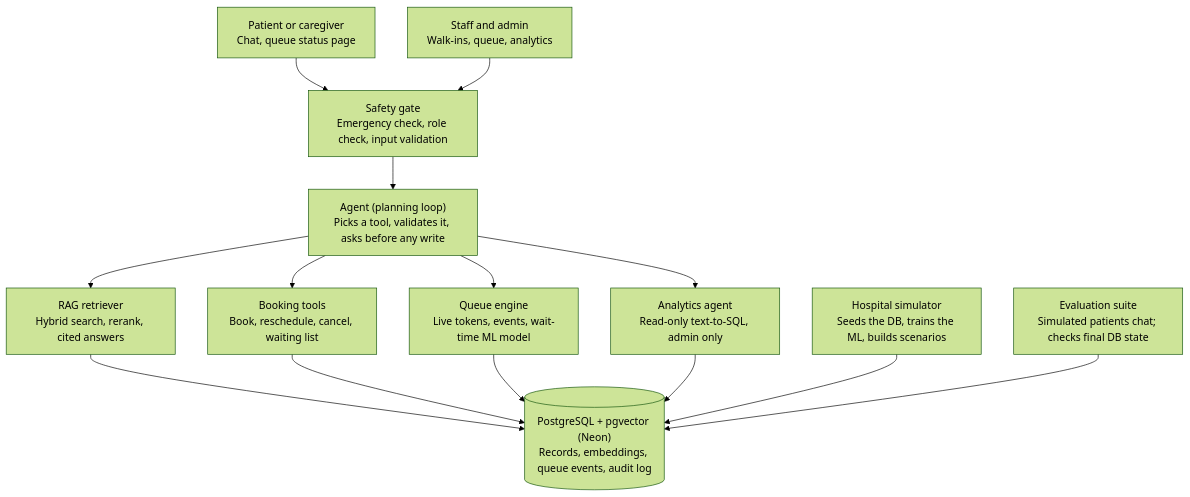
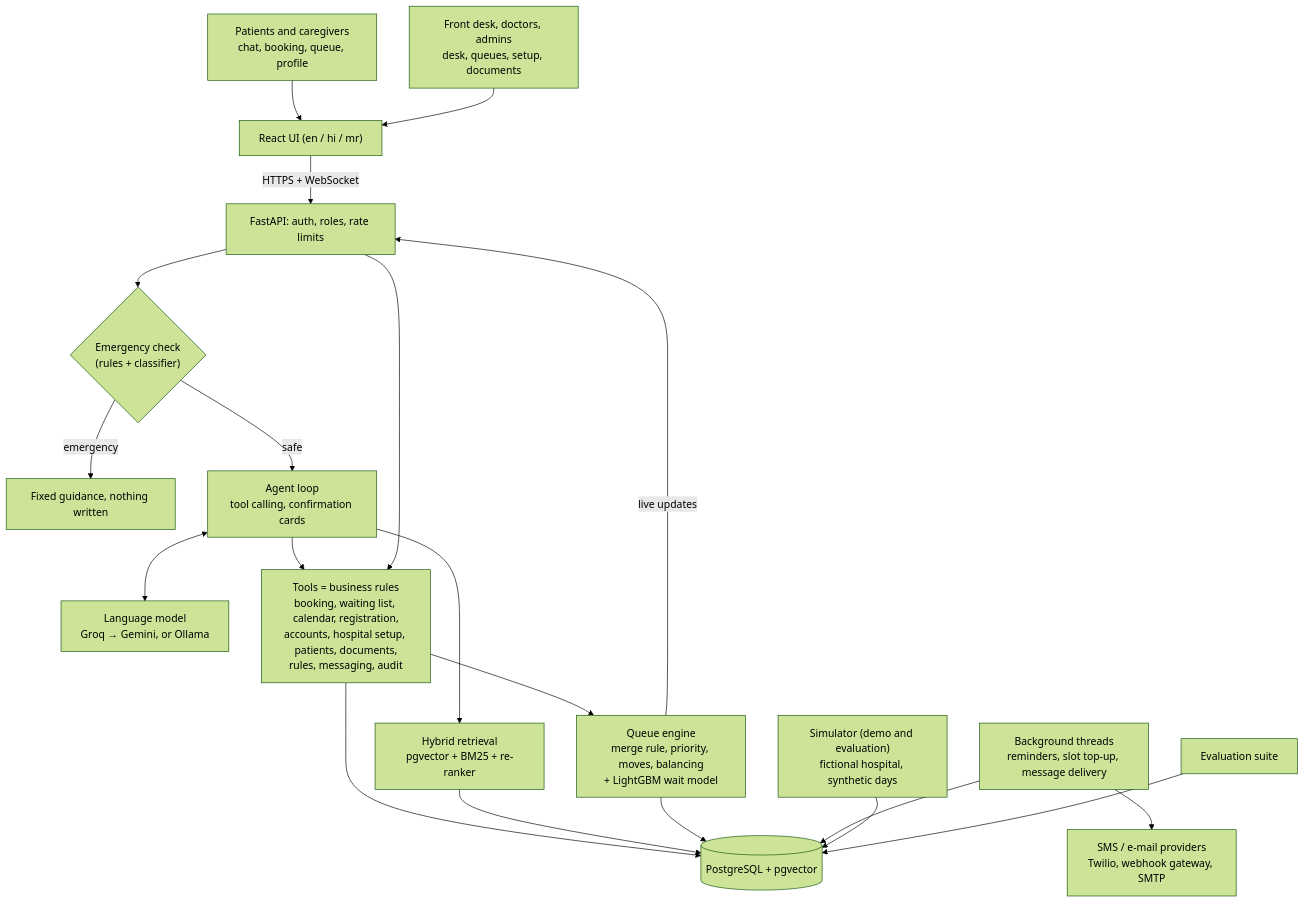
One commit to OmkarJayvantJadhav/CareFlow changed the first of 3 diagrams in docs/CareFlow-Project-Documentation.md. Above: the diagram before and after it, drawn with Mermaid (forest theme). The commit also changed other lines of this file and 4 other files, not shown here.

````diff
--- a/docs/CareFlow-Project-Documentation.md
+++ b/docs/CareFlow-Project-Documentation.md
@@ -333,17 +564,22 @@
 ```mermaid
 flowchart TB
-    P["Patient or caregiver<br/>Chat, queue status page"] --> G
-    S["Staff and admin<br/>Walk-ins, queue, analytics"] --> G
-    G["Safety gate<br/>Emergency check, role check, input validation"] --> A
-    A["Agent (planning loop)<br/>Picks a tool, validates it, asks before any write"]
-    A --> R["RAG retriever<br/>Hybrid search, rerank, cited answers"]
-    A --> B["Booking tools<br/>Book, reschedule, cancel, waiting list"]
-    A --> Q["Queue engine<br/>Live tokens, events, wait-time ML model"]
-    A --> N["Analytics agent<br/>Read-only text-to-SQL, admin only"]
-    R --> D[("PostgreSQL + pgvector (Neon)<br/>Records, embeddings, queue events, audit log")]
-    B --> D
-    Q --> D
-    N --> D
-    SIM["Hospital simulator<br/>Seeds the DB, trains the ML, builds scenarios"] --> D
-    EV["Evaluation suite<br/>Simulated patients chat; checks final DB state"] --> D
+    P["Patients and caregivers<br/>chat, booking, queue, profile"] --> UI
+    S["Front desk, doctors, admins<br/>desk, queues, setup, documents"] --> UI
+    UI["React UI (en / hi / mr)"] -->|HTTPS + WebSocket| API["FastAPI: auth, roles, rate limits"]
+    API --> G{"Emergency check<br/>(rules + classifier)"}
+    G -->|emergency| E["Fixed guidance, nothing written"]
+    G -->|safe| A["Agent loop<br/>tool calling, confirmation cards"]
+    A <--> LLM["Language model<br/>Groq → Gemini, or Ollama"]
+    A --> T
+    API --> T["Tools = business rules<br/>booking, waiting list, calendar, registration,<br/>accounts, hospital setup, patients, documents,<br/>rules, messaging, audit"]
+    A --> R["Hybrid retrieval<br/>pgvector + BM25 + re-ranker"]
+    T --> Q["Queue engine<br/>merge rule, priority, moves, balancing<br/>+ LightGBM wait model"]
+    T --> DB[("PostgreSQL + pgvector")]
+    R --> DB
+    Q --> DB
+    Q -->|live updates| API
+    W["Background threads<br/>reminders, slot top-up, message delivery"] --> DB
+    W --> X["SMS / e-mail providers<br/>Twilio, webhook gateway, SMTP"]
+    SIM["Simulator (demo and evaluation)<br/>fictional hospital, synthetic days"] --> DB
+    EV["Evaluation suite"] --> DB
 ```
````
